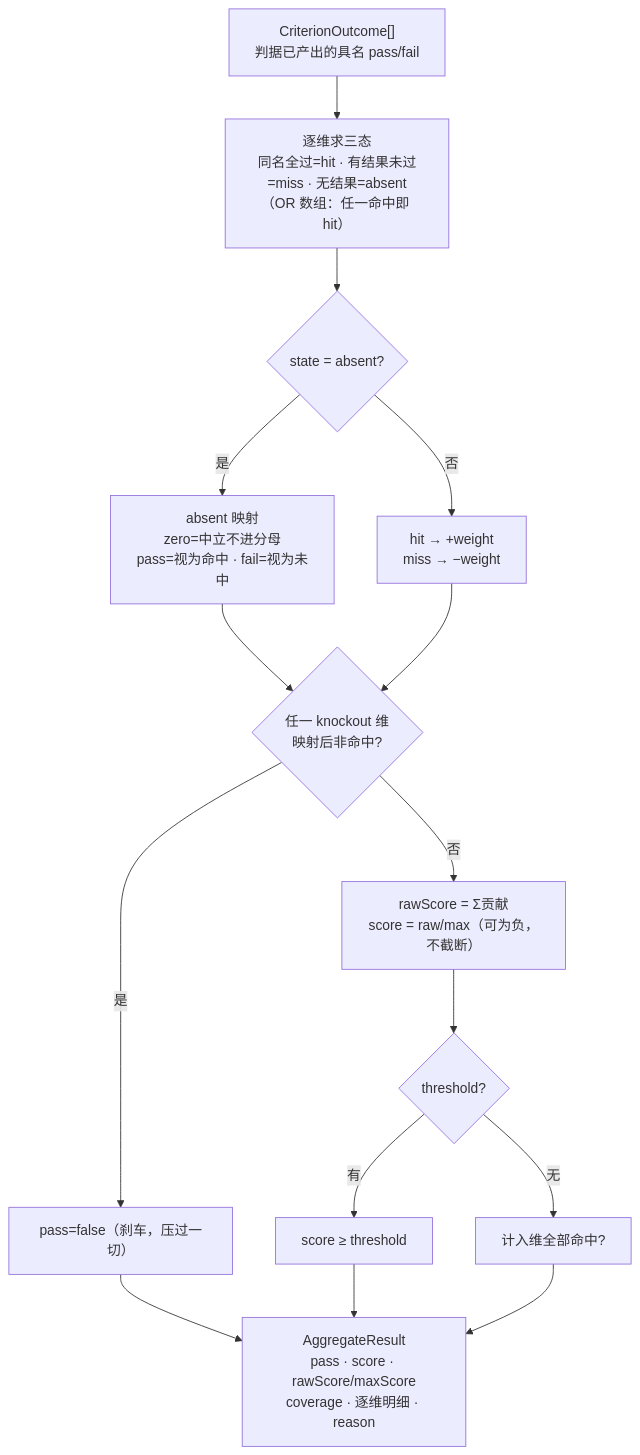
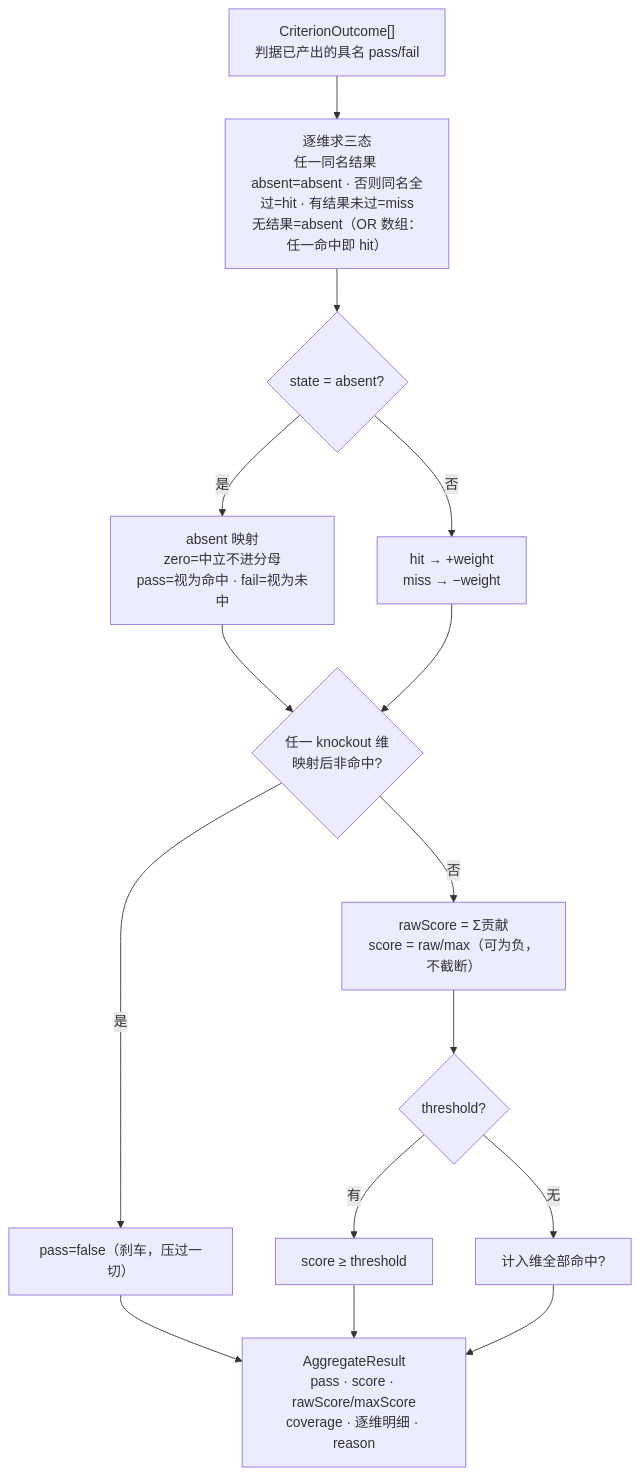
The diagram in docs/spec/scoring-aggregation.md (xnightsky/x-agent-suite), drawn with Mermaid before and after one commit. The commit also changed other lines of this file and 18 other files, not shown here.

````diff
--- a/docs/spec/scoring-aggregation.md
+++ b/docs/spec/scoring-aggregation.md
@@ -56,17 +56,17 @@
 ```mermaid
 flowchart TD
-    A["CriterionOutcome[]<br/>判据已产出的具名 pass/fail"] --> B["逐维求三态<br/>同名全过=hit · 有结果未过=miss · 无结果=absent<br/>（OR 数组：任一命中即 hit）"]
+    A["CriterionOutcome[]<br/>判据已产出的具名 pass/fail"] --> B["逐维求三态<br/>任一同名结果 absent=absent · 否则同名全过=hit · 有结果未过=miss<br/>无结果=absent（OR 数组：任一命中即 hit）"]
     B --> C{"state = absent?"}
     C -->|是| D["absent 映射<br/>zero=中立不进分母<br/>pass=视为命中 · fail=视为未中"]
     C -->|否| E["hit → +weight<br/>miss → −weight"]
     D --> F{"任一 knockout 维<br/>映射后非命中?"}
     E --> F
     F -->|是| G["pass=false（刹车，压过一切）"]
     F -->|否| H["rawScore = Σ贡献<br/>score = raw/max（可为负，不截断）"]
     H --> I{"threshold?"}
     I -->|有| J["score ≥ threshold"]
     I -->|无| K["计入维全部命中?"]
     G --> L["AggregateResult<br/>pass · score · rawScore/maxScore<br/>coverage · 逐维明细 · reason"]
     J --> L
     K --> L
 ```
````
